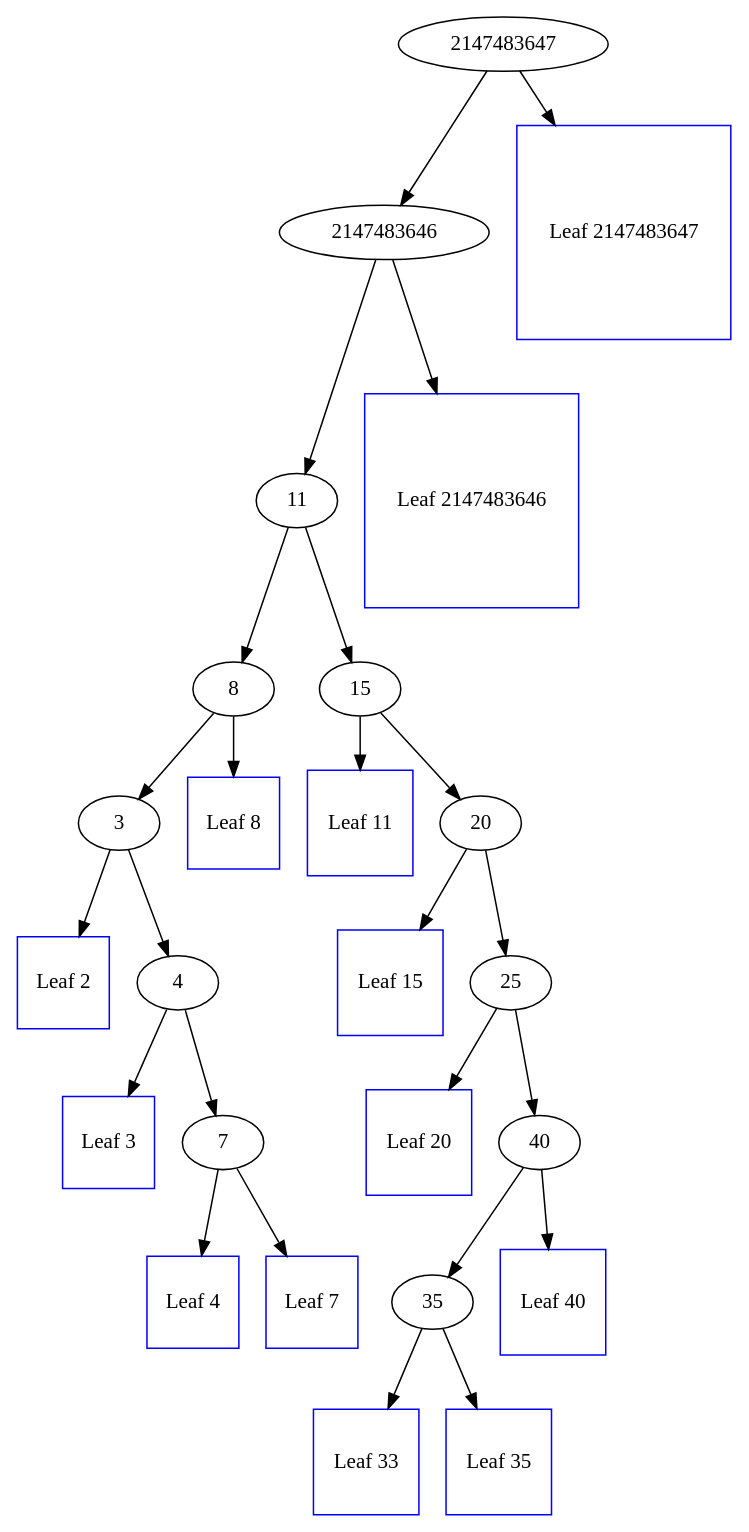
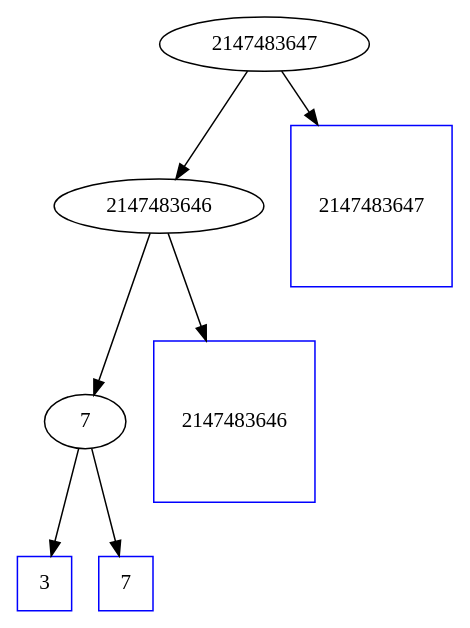
One commit to ishepard/BinarySearchTree changed the diagram in tree.dot. Above: the diagram before and after it, drawn with Graphviz. The commit also changed 16 other files, not shown here.

```diff
--- a/tree.dot
+++ b/tree.dot
@@ -1,39 +1,12 @@
 digraph graphname {
 2147483647 -> 2147483646;
-2147483646 -> 11;
-11 -> 8;
-8 -> 3;
-3 -> "Leaf 2";
-"Leaf 2"	[shape=box, regular=1, color="blue"];
-3 -> 4;
-4 -> "Leaf 3";
-"Leaf 3"	[shape=box, regular=1, color="blue"];
-4 -> 7;
-7 -> "Leaf 4";
-"Leaf 4"	[shape=box, regular=1, color="blue"];
+2147483646 -> 7;
+7 -> "Leaf 3";
+"Leaf 3"	[label=3, shape=box, regular=1, color="blue"];
 7 -> "Leaf 7";
-"Leaf 7"	[shape=box, regular=1, color="blue"];
-8 -> "Leaf 8";
-"Leaf 8"	[shape=box, regular=1, color="blue"];
-11 -> 15;
-15 -> "Leaf 11";
-"Leaf 11"	[shape=box, regular=1, color="blue"];
-15 -> 20;
-20 -> "Leaf 15";
-"Leaf 15"	[shape=box, regular=1, color="blue"];
-20 -> 25;
-25 -> "Leaf 20";
-"Leaf 20"	[shape=box, regular=1, color="blue"];
-25 -> 40;
-40 -> 35;
-35 -> "Leaf 33";
-"Leaf 33"	[shape=box, regular=1, color="blue"];
-35 -> "Leaf 35";
-"Leaf 35"	[shape=box, regular=1, color="blue"];
-40 -> "Leaf 40";
-"Leaf 40"	[shape=box, regular=1, color="blue"];
+"Leaf 7"	[label=7, shape=box, regular=1, color="blue"];
 2147483646 -> "Leaf 2147483646";
-"Leaf 2147483646"	[shape=box, regular=1, color="blue"];
+"Leaf 2147483646"	[label=2147483646, shape=box, regular=1, color="blue"];
 2147483647 -> "Leaf 2147483647";
-"Leaf 2147483647"	[shape=box, regular=1, color="blue"];
+"Leaf 2147483647"	[label=2147483647, shape=box, regular=1, color="blue"];
 }
```
